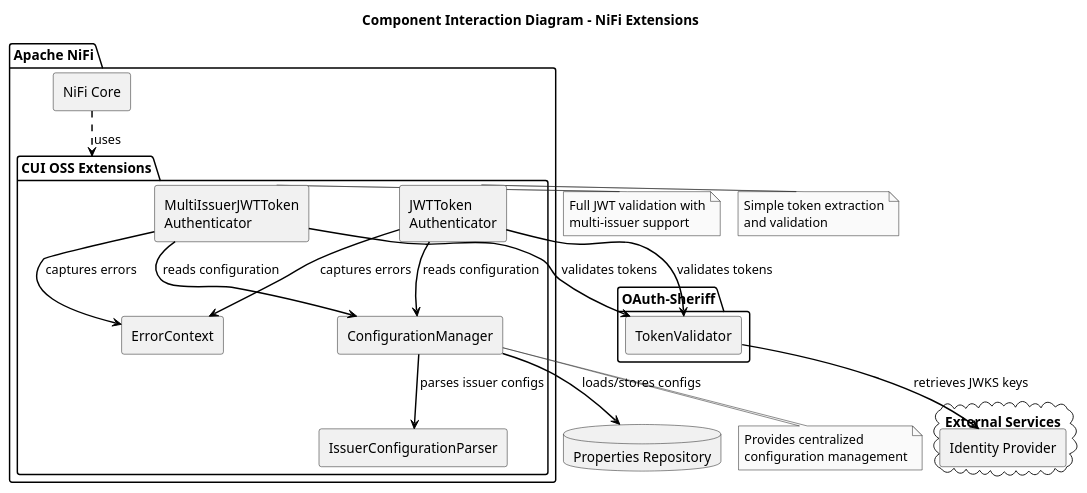
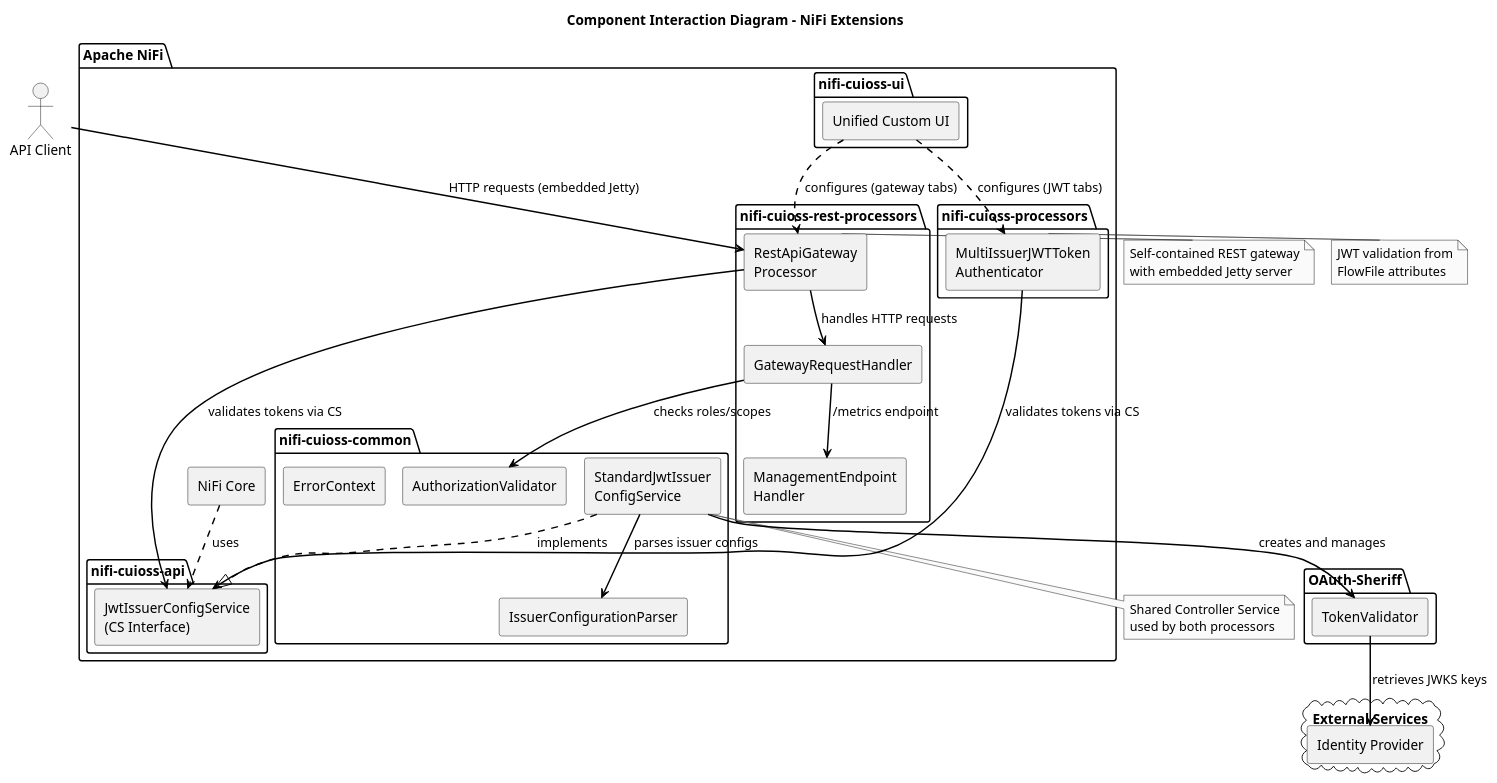
The diagram in doc/plantuml/component-interaction.puml (cuioss/nifi-extensions), drawn with PlantUML before and after one commit. The commit also changed 32 other files, not shown here.

First line of the commit message:
docs: comprehensive documentation update for CS architecture and REST API Gateway (#188)

```diff
--- a/doc/plantuml/component-interaction.puml
+++ b/doc/plantuml/component-interaction.puml
@@ -1,49 +1,72 @@
 @startuml component-interaction
 !pragma layout smetana
 
 skinparam componentStyle rectangle
 skinparam monochrome true
 skinparam shadowing false
 skinparam defaultFontName "Arial"
 skinparam ArrowColor black
 skinparam ArrowThickness 1.5
 
 title "Component Interaction Diagram - NiFi Extensions"
 
 cloud "External Services" {
   [Identity Provider] as IDP
 }
 
+actor "API Client" as APIClient
+
 package "Apache NiFi" {
   [NiFi Core] as NiFiCore
 
-  package "CUI OSS Extensions" {
-    [MultiIssuerJWTToken\nAuthenticator] as MultiIssuer
-    [JWTToken\nAuthenticator] as SimpleAuth
-    [ConfigurationManager] as ConfigManager
+  package "nifi-cuioss-api" {
+    [JwtIssuerConfigService\n(CS Interface)] as CSInterface
+  }
+
+  package "nifi-cuioss-common" {
+    [StandardJwtIssuer\nConfigService] as CSImpl
+    [AuthorizationValidator] as AuthzValidator
     [IssuerConfigurationParser] as ConfigParser
     [ErrorContext] as ErrorContext
+  }
+
+  package "nifi-cuioss-processors" {
+    [MultiIssuerJWTToken\nAuthenticator] as MultiIssuer
+  }
+
+  package "nifi-cuioss-rest-processors" {
+    [RestApiGateway\nProcessor] as Gateway
+    [GatewayRequestHandler] as ReqHandler
+    [ManagementEndpoint\nHandler] as MgmtHandler
+  }
+
+  package "nifi-cuioss-ui" {
+    [Unified Custom UI] as UI
   }
 }
 
 package "OAuth-Sheriff" {
   [TokenValidator] as TokenValidator
 }
 
-database "Properties Repository" as PropsRepo
+NiFiCore ..> CSInterface : uses
+CSImpl ..|> CSInterface : implements
+CSImpl --> ConfigParser : parses issuer configs
+CSImpl --> TokenValidator : creates and manages
 
-NiFiCore ..> [CUI OSS Extensions] : uses
-MultiIssuer --> TokenValidator : validates tokens
-SimpleAuth --> TokenValidator : validates tokens
+MultiIssuer --> CSInterface : validates tokens via CS
+Gateway --> CSInterface : validates tokens via CS
+Gateway --> ReqHandler : handles HTTP requests
+ReqHandler --> AuthzValidator : checks roles/scopes
+ReqHandler --> MgmtHandler : /metrics endpoint
+
 TokenValidator --> IDP : retrieves JWKS keys
-MultiIssuer --> ConfigManager : reads configuration
-SimpleAuth --> ConfigManager : reads configuration
-ConfigManager --> ConfigParser : parses issuer configs
-ConfigManager --> PropsRepo : loads/stores configs
-MultiIssuer --> ErrorContext : captures errors
-SimpleAuth --> ErrorContext : captures errors
+APIClient --> Gateway : HTTP requests (embedded Jetty)
 
-note right of MultiIssuer: Full JWT validation with\nmulti-issuer support
-note right of SimpleAuth: Simple token extraction\nand validation
-note bottom of ConfigManager: Provides centralized\nconfiguration management
+UI ..> MultiIssuer : configures (JWT tabs)
+UI ..> Gateway : configures (gateway tabs)
+
+note right of MultiIssuer: JWT validation from\nFlowFile attributes
+note right of Gateway: Self-contained REST gateway\nwith embedded Jetty server
+note bottom of CSImpl: Shared Controller Service\nused by both processors
 @enduml
```
